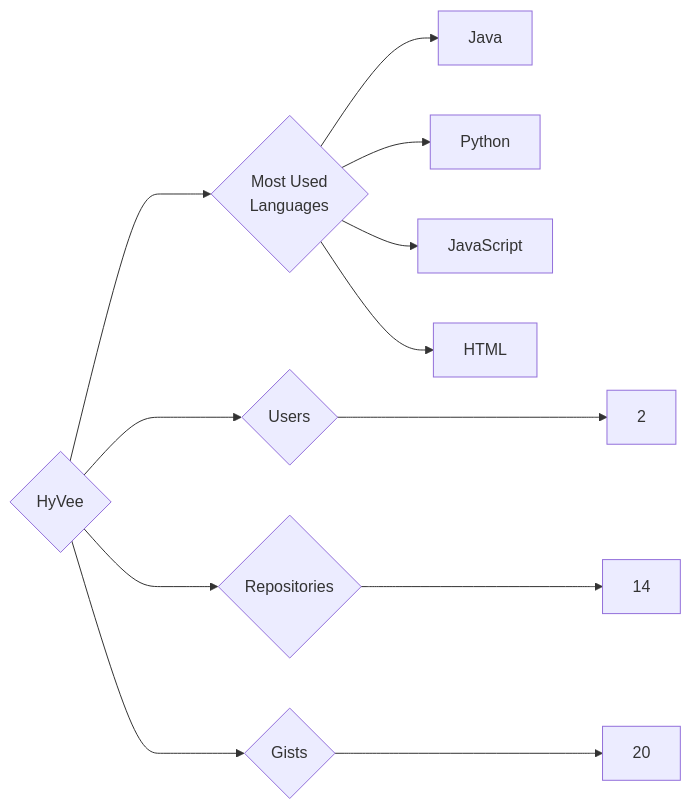
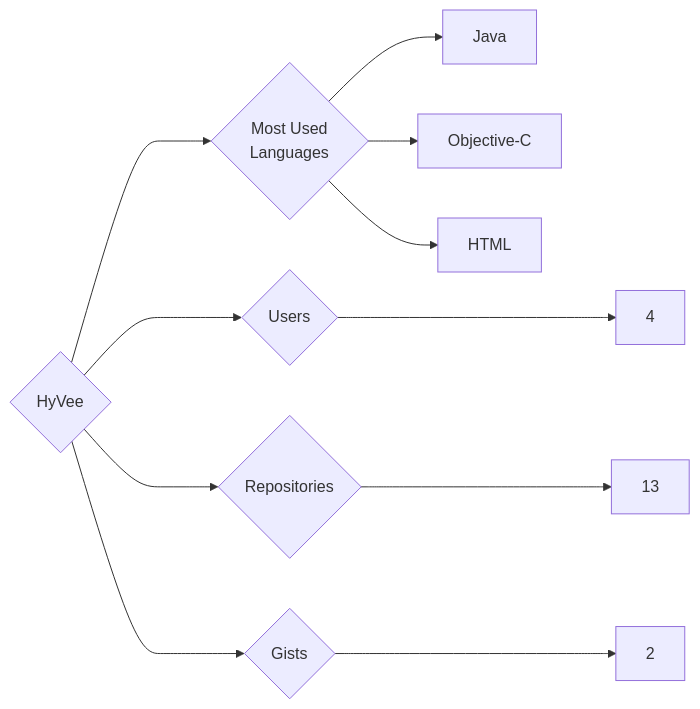
Before and after one commit to trickest/insiders: the diagram in targets/HyVee/README.md, drawn with Mermaid. The commit also changed 880 other files, not shown here.

````diff
--- a/targets/HyVee/README.md
+++ b/targets/HyVee/README.md
@@ -3,12 +3,11 @@
 ```mermaid
 graph LR
 COMPANY_NAME{HyVee}
-COMPANY_NAME ---> U{Users} ---> UN[2]
-COMPANY_NAME ---> R{Repositories} ---> RN[14]
-COMPANY_NAME ---> G{Gists} ---> GN[20]
+COMPANY_NAME ---> U{Users} ---> UN[4]
+COMPANY_NAME ---> R{Repositories} ---> RN[13]
+COMPANY_NAME ---> G{Gists} ---> GN[2]
 COMPANY_NAME ---> ML{Most Used<br>Languages}
 ML --> Java[Java]
-ML --> Python[Python]
-ML --> JavaScript[JavaScript]
+ML --> Objective-C[Objective-C]
 ML --> HTML[HTML]
 ```
````
